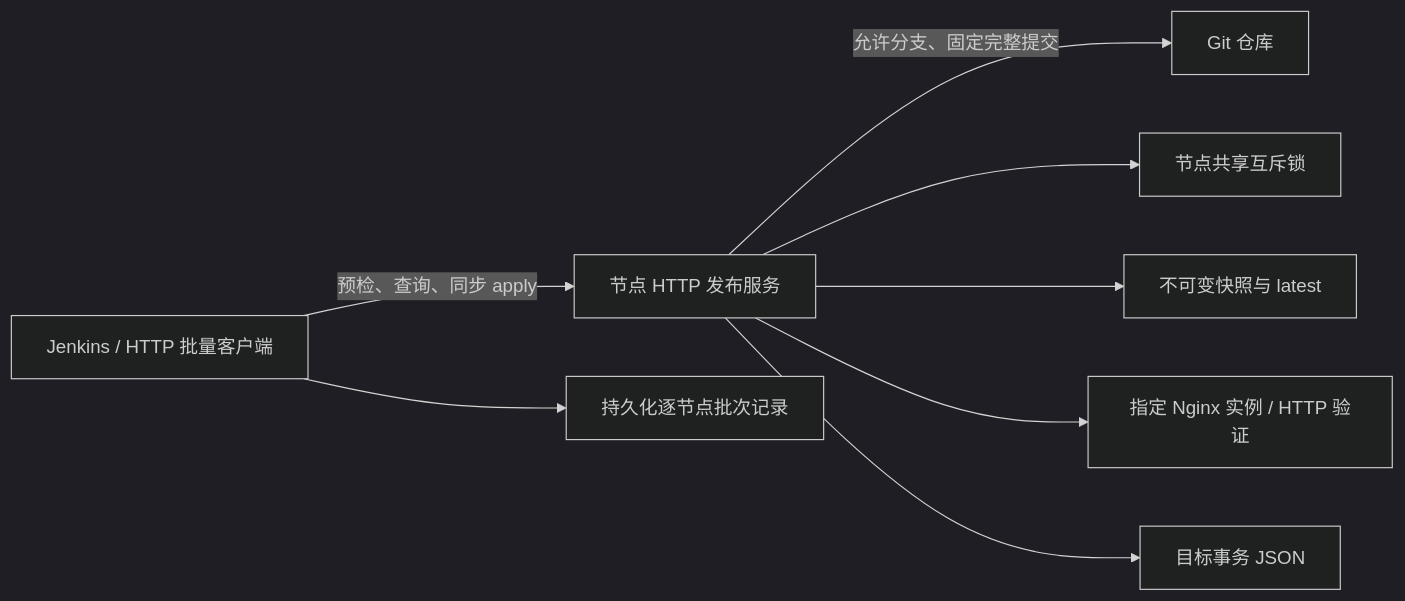
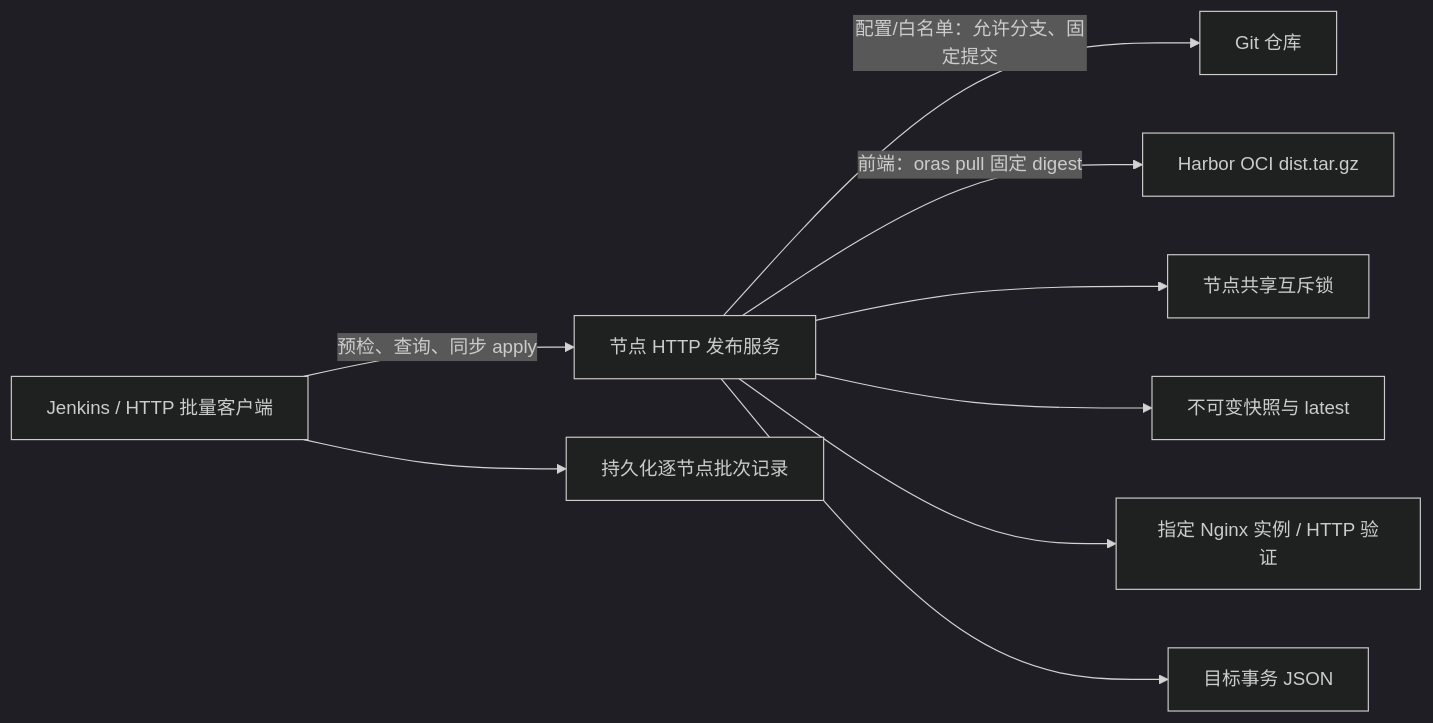
The diagram in edge-sync-agent-design-v3.md (jackwhich/config_sync_nginx), drawn with Mermaid (dark theme) before and after one commit. The commit also changed other lines of this file and 3 other files, not shown here.

````diff
--- a/edge-sync-agent-design-v3.md
+++ b/edge-sync-agent-design-v3.md
@@ -25,10 +25,11 @@
 ```mermaid
 flowchart LR
     CI[Jenkins / HTTP 批量客户端] -->|预检、查询、同步 apply| S[节点 HTTP 发布服务]
-    S -->|允许分支、固定完整提交| G[Git 仓库]
+    S -->|配置/白名单：允许分支、固定提交| G[Git 仓库]
+    S -->|前端：oras pull 固定 digest| H[Harbor OCI dist.tar.gz]
     S --> L[节点共享互斥锁]
     S --> D[不可变快照与 latest]
     S --> N[指定 Nginx 实例 / HTTP 验证]
     S --> J[目标事务 JSON]
     CI --> B[持久化逐节点批次记录]
 ```
````
